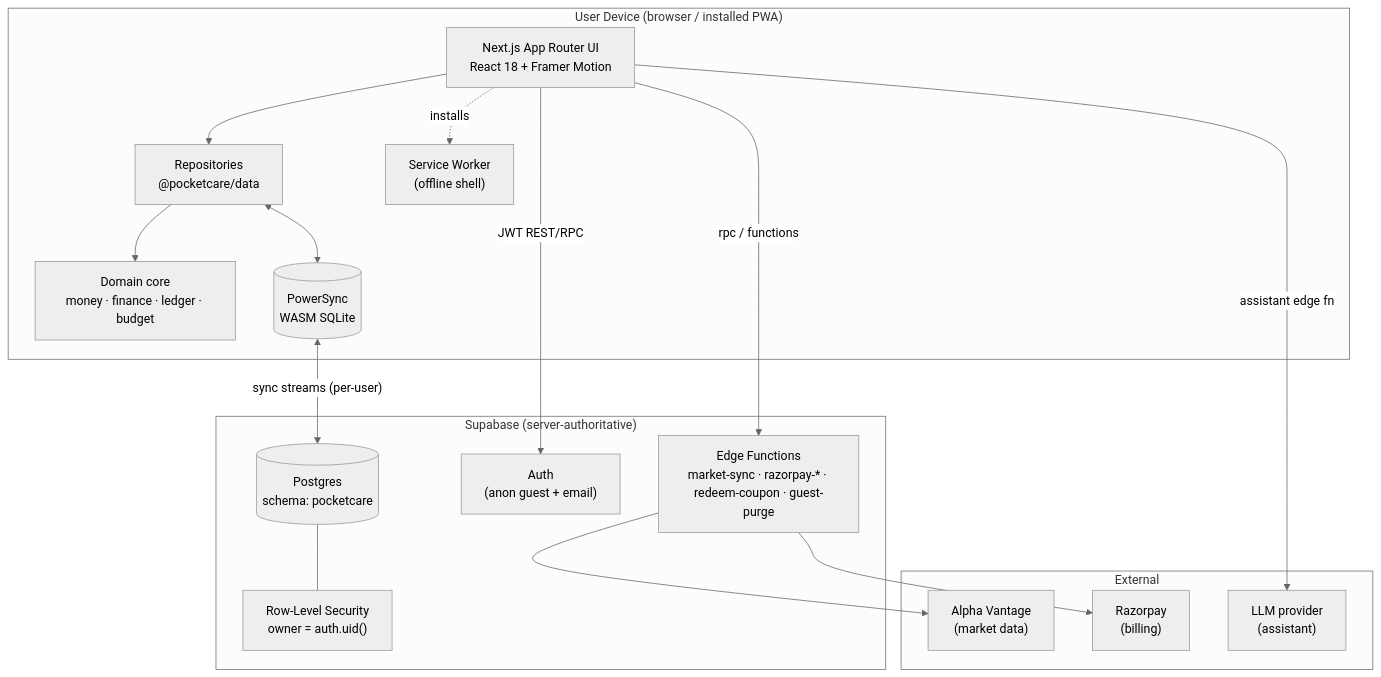
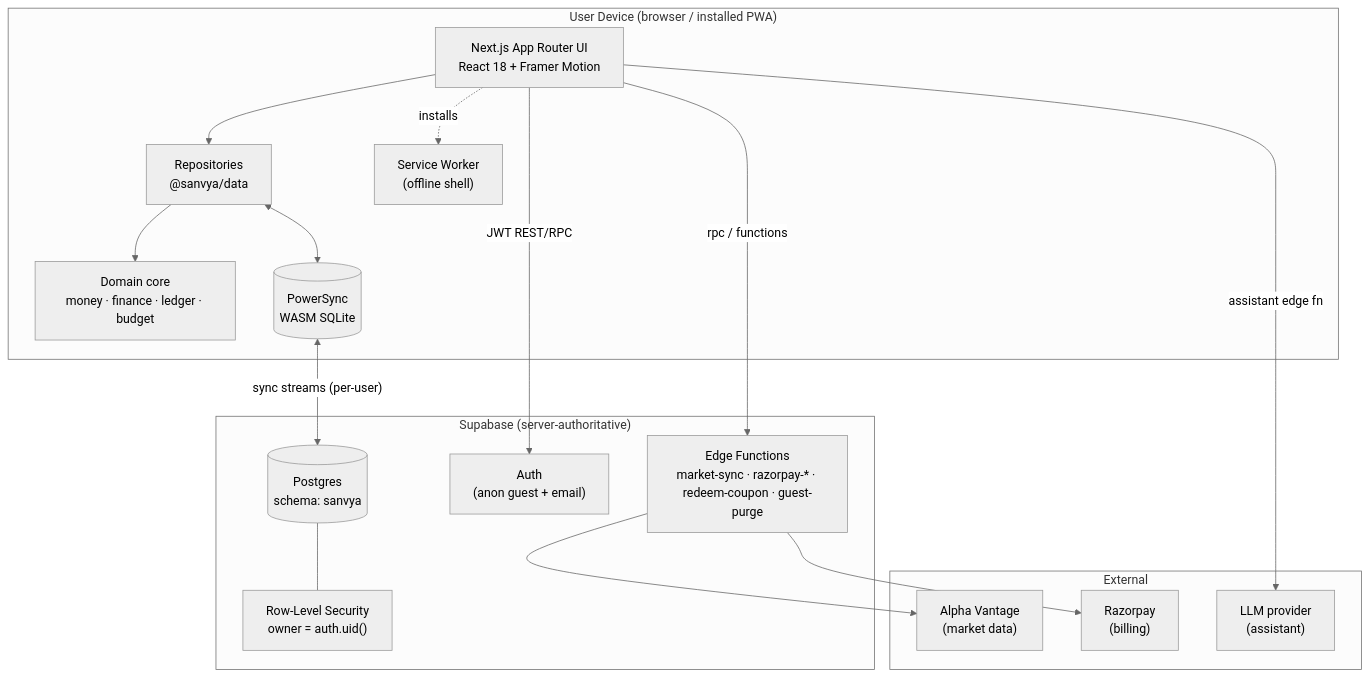
The first of 3 diagrams in docs/architecture/01-system-overview.md (replyto-pocketcare/pocketcare-app), drawn with Mermaid (neutral theme) before and after one commit. The commit also changed other lines of this file and 451 other files, not shown here.

Commit message:
refactor: Rename SanvyaSchema and sanvya.db to PocketCareSchema and pocketcare.db

````diff
--- a/docs/architecture/01-system-overview.md
+++ b/docs/architecture/01-system-overview.md
@@ -56,34 +56,34 @@
 ```mermaid
 flowchart TB
     subgraph Device["User Device (browser / installed PWA)"]
         UI["Next.js App Router UI<br/>React 18 + Framer Motion"]
-        Repos["Repositories<br/>@pocketcare/data"]
+        Repos["Repositories<br/>@sanvya/data"]
         Core["Domain core<br/>money · finance · ledger · budget"]
         PS[("PowerSync<br/>WASM SQLite")]
         SW["Service Worker<br/>(offline shell)"]
         UI --> Repos --> Core
         Repos <--> PS
         UI -.installs.-> SW
     end
 
     subgraph Supabase["Supabase (server-authoritative)"]
         Auth["Auth<br/>(anon guest + email)"]
-        PG[("Postgres<br/>schema: pocketcare")]
+        PG[("Postgres<br/>schema: sanvya")]
         RLS["Row-Level Security<br/>owner = auth.uid()"]
         EF["Edge Functions<br/>market-sync · razorpay-* · redeem-coupon · guest-purge"]
         PG --- RLS
     end
 
     subgraph Ext["External"]
         AV["Alpha Vantage<br/>(market data)"]
         RZP["Razorpay<br/>(billing)"]
         LLM["LLM provider<br/>(assistant)"]
     end
 
     PS <-->|"sync streams (per-user)"| PG
     UI -->|"JWT REST/RPC"| Auth
     UI -->|"rpc / functions"| EF
     EF --> AV
     EF --> RZP
     UI -->|"assistant edge fn"| LLM
 ```
````
